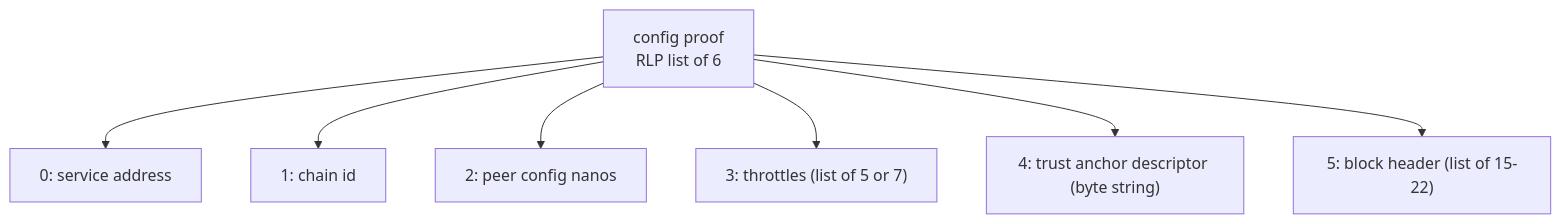
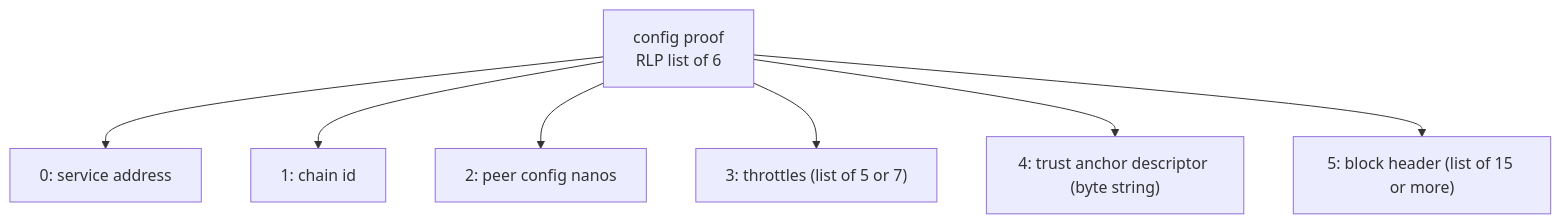
One commit to LFDT-CLPR/clpr-smart-contracts changed the tenth of 12 diagrams in src/verifiers/evm/qbft/qbft-header-mode.md. Above: the diagram before and after it, drawn with Mermaid. The commit also changed other lines of this file and 17 other files, not shown here.

````diff
--- a/src/verifiers/evm/qbft/qbft-header-mode.md
+++ b/src/verifiers/evm/qbft/qbft-header-mode.md
@@ -275,9 +296,9 @@
 ```mermaid
 flowchart TB
   CP["config proof<br/>RLP list of 6"] --> F0["0: service address"]
   CP --> F1["1: chain id"]
   CP --> F2["2: peer config nanos"]
   CP --> F3["3: throttles (list of 5 or 7)"]
   CP --> F4["4: trust anchor descriptor (byte string)"]
-  CP --> F5["5: block header (list of 15-22)"]
+  CP --> F5["5: block header (list of 15 or more)"]
 ```
````
